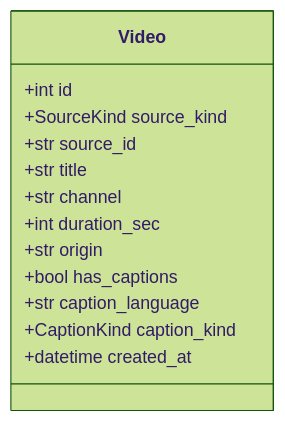
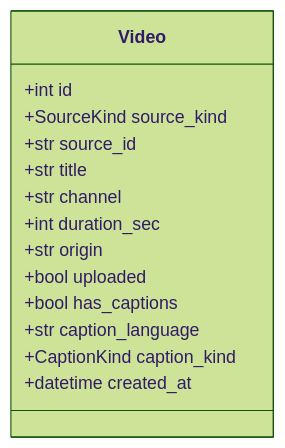
Before and after one commit to HoyoungParkme/video-agent: the first of 20 diagrams in docs/specs/06-DOM/VA-DOM-002.md, drawn with Mermaid (forest theme). The commit also changed other lines of this file, not shown here.

````diff
--- a/docs/specs/06-DOM/VA-DOM-002.md
+++ b/docs/specs/06-DOM/VA-DOM-002.md
@@ -205,16 +229,17 @@
 ```mermaid
 classDiagram
     class Video {
         +int id
         +SourceKind source_kind
         +str source_id
         +str title
         +str channel
         +int duration_sec
         +str origin
+        +bool uploaded
         +bool has_captions
         +str caption_language
         +CaptionKind caption_kind
         +datetime created_at
     }
 ```
````
